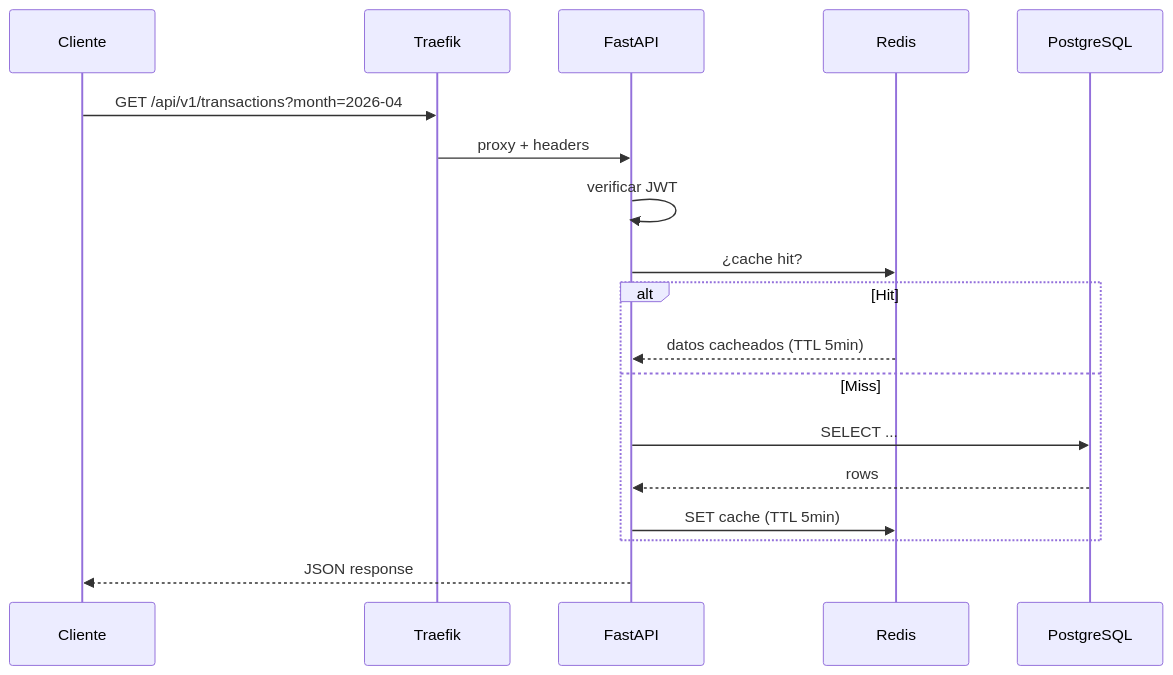
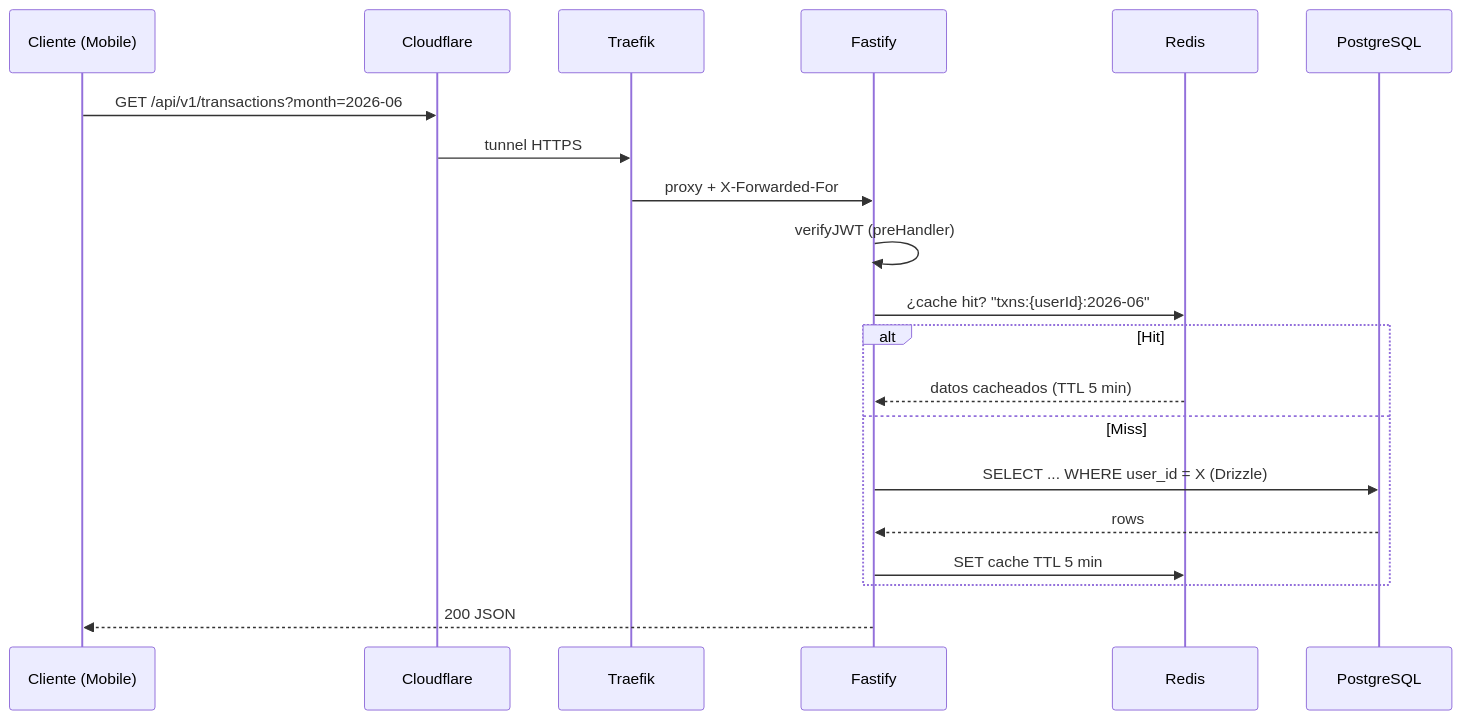
Before and after one commit to root-jeff/Sotang-Documentation: the first of 8 diagrams in arquitectura/data-flows.md, drawn with Mermaid. The commit also changed other lines of this file and 17 other files, not shown here.

````diff
--- a/arquitectura/data-flows.md
+++ b/arquitectura/data-flows.md
@@ -5,21 +7,23 @@
 ```mermaid
 sequenceDiagram
-    participant C as Cliente
+    participant C as Cliente (Mobile)
+    participant CF as Cloudflare
     participant T as Traefik
-    participant BE as FastAPI
+    participant BE as Fastify
     participant CACHE as Redis
     participant DB as PostgreSQL
 
-    C->>T: GET /api/v1/transactions?month=2026-04
-    T->>BE: proxy + headers
-    BE->>BE: verificar JWT
-    BE->>CACHE: ¿cache hit?
+    C->>CF: GET /api/v1/transactions?month=2026-06
+    CF->>T: tunnel HTTPS
+    T->>BE: proxy + X-Forwarded-For
+    BE->>BE: verifyJWT (preHandler)
+    BE->>CACHE: ¿cache hit? "txns:{userId}:2026-06"
     alt Hit
-        CACHE-->>BE: datos cacheados (TTL 5min)
+        CACHE-->>BE: datos cacheados (TTL 5 min)
     else Miss
-        BE->>DB: SELECT ...
+        BE->>DB: SELECT ... WHERE user_id = X (Drizzle)
         DB-->>BE: rows
-        BE->>CACHE: SET cache (TTL 5min)
+        BE->>CACHE: SET cache TTL 5 min
     end
-    BE-->>C: JSON response
+    BE-->>C: 200 JSON
 ```
````
